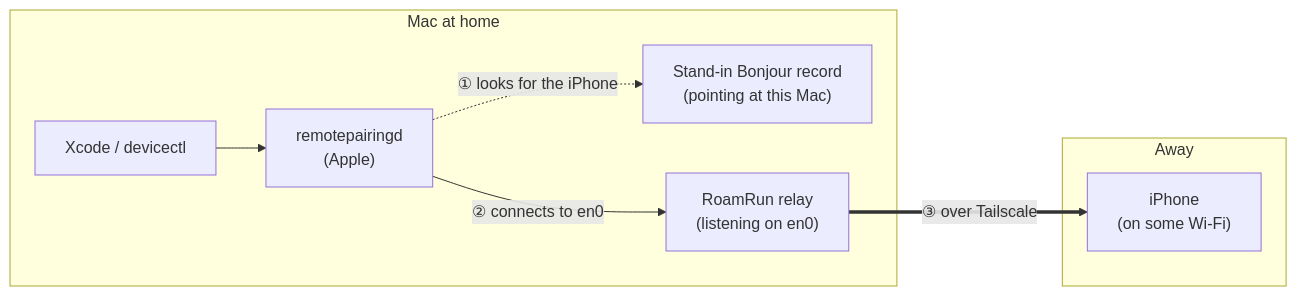
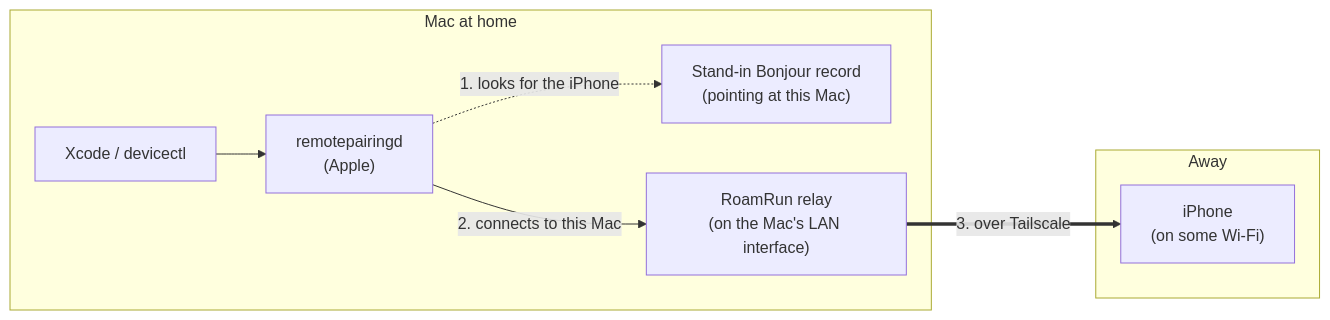
One commit to mh-mobile/RoamRun changed the diagram in README.md. Above: the diagram before and after it, drawn with Mermaid. The commit also changed other lines of this file and 4 other files, not shown here.

First line of the commit message:
The README, written again from what the code does and what was run; how it works, the far Mac's details and over-the-air's details in docs/

````diff
--- a/README.md
+++ b/README.md
@@ -31,14 +45,14 @@
 ```mermaid
 flowchart LR
   subgraph mac["Mac at home"]
     xcode["Xcode / devicectl"] --> rpd["remotepairingd<br/>(Apple)"]
     fake["Stand-in Bonjour record<br/>(pointing at this Mac)"]
-    relay["RoamRun relay<br/>(listening on en0)"]
+    relay["RoamRun relay<br/>(on the Mac's LAN interface)"]
   end
   subgraph away["Away"]
     iphone["iPhone<br/>(on some Wi-Fi)"]
   end
-  rpd -. "① looks for the iPhone" .-> fake
-  rpd -- "② connects to en0" --> relay
-  relay == "③ over Tailscale" ==> iphone
+  rpd -. "1. looks for the iPhone" .-> fake
+  rpd -- "2. connects to this Mac" --> relay
+  relay == "3. over Tailscale" ==> iphone
 ```
````
